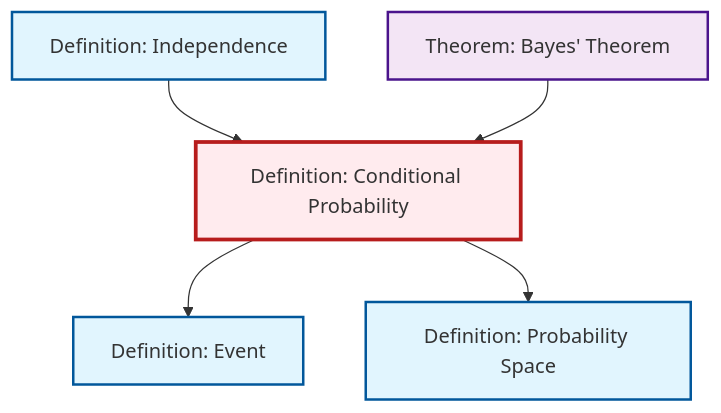
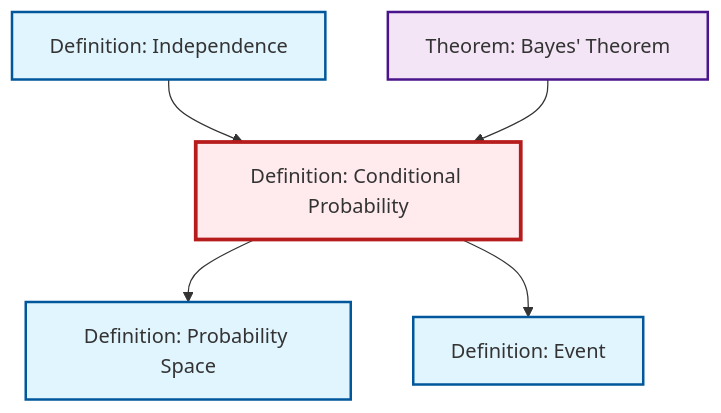
Before and after one commit to RK0429/ModernMath: the diagram in content/en/probability-statistics/def-conditional-probability.qmd, drawn with Mermaid. The commit also changed other lines of this file and 654 other files, not shown here.

````diff
--- a/content/en/probability-statistics/def-conditional-probability.qmd
+++ b/content/en/probability-statistics/def-conditional-probability.qmd
@@ -69,23 +69,23 @@
 ```{mermaid}
 %%| fig-cap: "Local dependency graph"
 graph TD
     classDef definition fill:#e1f5fe,stroke:#01579b,stroke-width:2px
     classDef theorem fill:#f3e5f5,stroke:#4a148c,stroke-width:2px
     classDef axiom fill:#fff3e0,stroke:#e65100,stroke-width:2px
     classDef example fill:#e8f5e9,stroke:#1b5e20,stroke-width:2px
     classDef current fill:#ffebee,stroke:#b71c1c,stroke-width:3px
-    def-independence["Definition: Independence"]:::definition
+    def-event["Definition: Event"]:::definition
     def-conditional-probability["Definition: Conditional Probability"]:::definition
     thm-bayes["Theorem: Bayes' Theorem"]:::theorem
+    def-independence["Definition: Independence"]:::definition
     def-probability-space["Definition: Probability Space"]:::definition
-    def-event["Definition: Event"]:::definition
+    def-conditional-probability --> def-probability-space
+    def-conditional-probability --> def-event
     def-independence --> def-conditional-probability
-    def-conditional-probability --> def-event
     thm-bayes --> def-conditional-probability
-    def-conditional-probability --> def-probability-space
     class def-conditional-probability current
+    click def-event "def-event.html" "Go to Event definition"
+    click thm-bayes "thm-bayes.html" "Go to Bayes' Theorem theorem"
     click def-independence "def-independence.html" "Go to Independence definition"
-    click thm-bayes "thm-bayes.html" "Go to Bayes' Theorem theorem"
     click def-probability-space "def-probability-space.html" "Go to Probability Space definition"
-    click def-event "def-event.html" "Go to Event definition"
 ```
````
